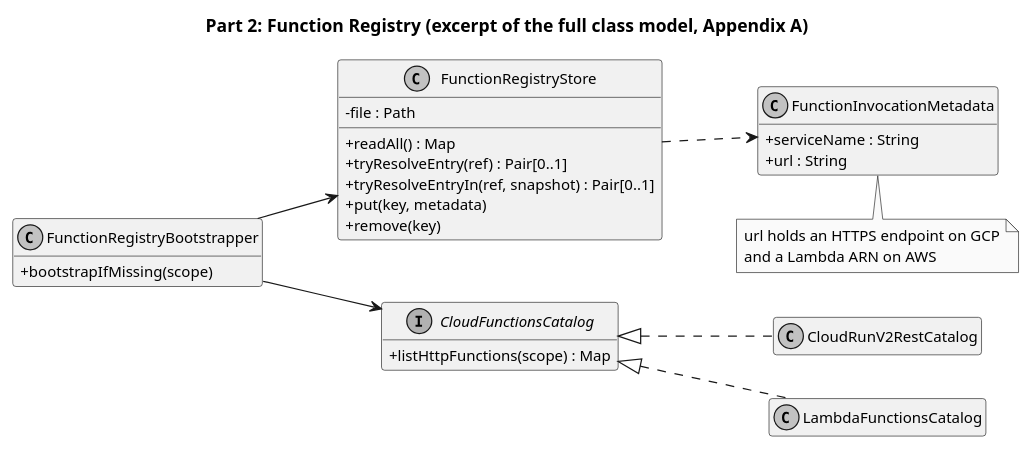
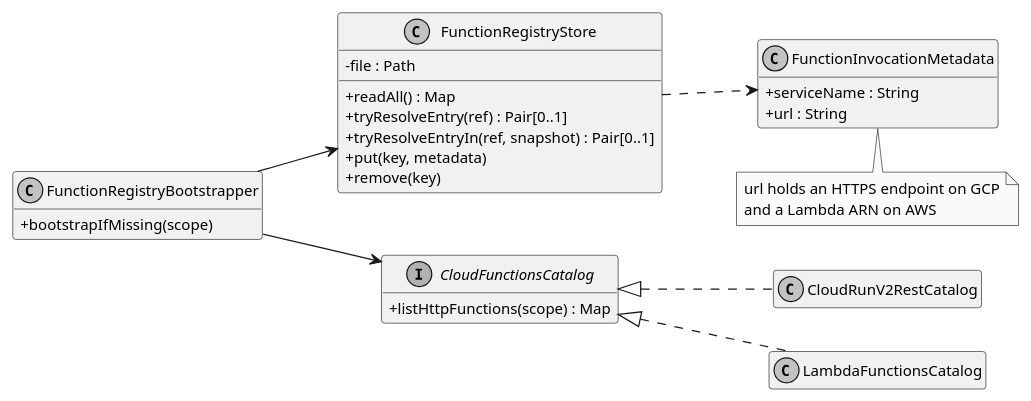
The diagram in diagrams/omniflow-classes-registry.puml (EngenheiroPedroCarvalho/ISEL-Thesis-2526), drawn with PlantUML before and after one commit. The commit also changed 52 other files, not shown here.

First line of the commit message:
Drop diagram titles and use "deployment" in the Resumo

```diff
--- a/diagrams/omniflow-classes-registry.puml
+++ b/diagrams/omniflow-classes-registry.puml
@@ -1,44 +1,43 @@
 @startuml omniflow-classes-registry
 skinparam monochrome true
 skinparam shadowing false
 skinparam classAttributeIconSize 0
 skinparam defaultFontSize 12
 hide empty members
-title Part 2: Function Registry (excerpt of the full class model, Appendix A)
 left to right direction
 
 class FunctionRegistryStore {
   -file : Path
   +readAll() : Map
   +tryResolveEntry(ref) : Pair[0..1]
   +tryResolveEntryIn(ref, snapshot) : Pair[0..1]
   +put(key, metadata)
   +remove(key)
 }
 
 class FunctionInvocationMetadata {
   +serviceName : String
   +url : String
 }
 
 class FunctionRegistryBootstrapper {
   +bootstrapIfMissing(scope)
 }
 
 interface CloudFunctionsCatalog {
   +listHttpFunctions(scope) : Map
 }
 class CloudRunV2RestCatalog
 class LambdaFunctionsCatalog
 
 FunctionRegistryStore ..> FunctionInvocationMetadata
 FunctionRegistryBootstrapper --> FunctionRegistryStore
 FunctionRegistryBootstrapper --> CloudFunctionsCatalog
 CloudFunctionsCatalog <|.. CloudRunV2RestCatalog
 CloudFunctionsCatalog <|.. LambdaFunctionsCatalog
 
 note bottom of FunctionInvocationMetadata
   url holds an HTTPS endpoint on GCP
   and a Lambda ARN on AWS
 end note
 @enduml
```
